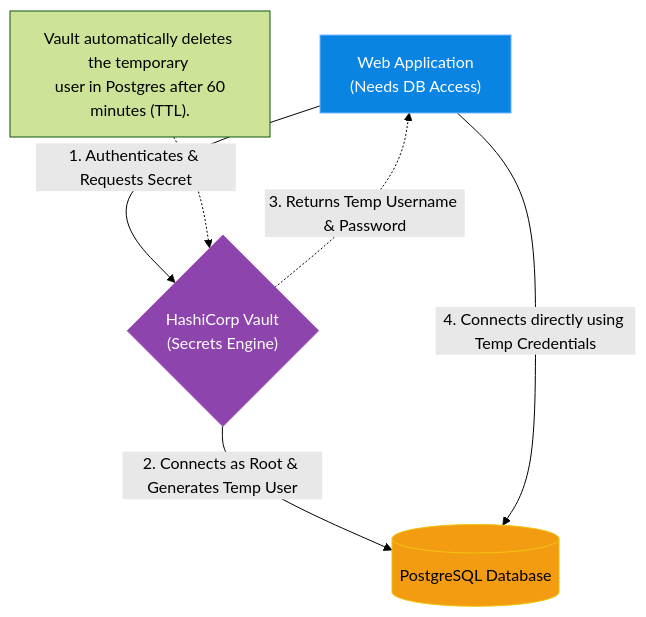
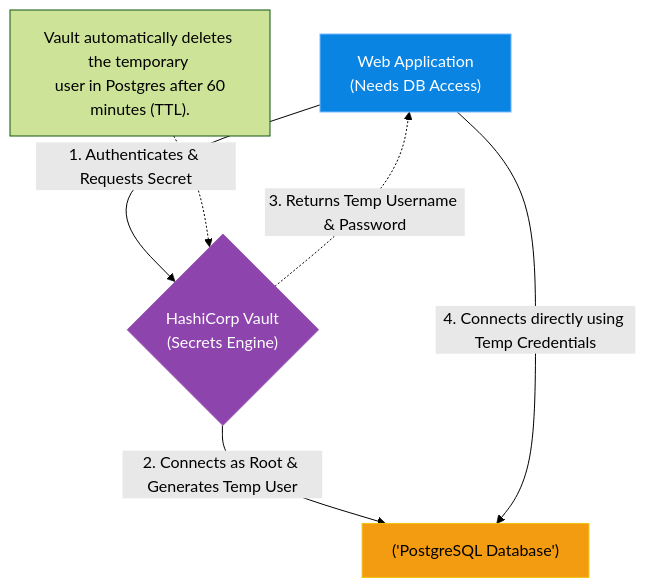
One commit to laxya911/linux-support-engineer-master-handbook changed the diagram in volumes/volume-04-enterprise-infrastructure/chapters/V4-C13-secrets-management.md. Above: the diagram before and after it, drawn with Mermaid (forest theme). The commit also changed 101 other files, not shown here.

Commit message:
Fix mermaid syntax across all chapters

````diff
--- a/volumes/volume-04-enterprise-infrastructure/chapters/V4-C13-secrets-management.md
+++ b/volumes/volume-04-enterprise-infrastructure/chapters/V4-C13-secrets-management.md
@@ -44,15 +44,15 @@
 ```mermaid
 flowchart TD
-    A["Web Application \n (Needs DB Access)"] -->|1. Authenticates & Requests Secret| B{"HashiCorp Vault \n (Secrets Engine)"}
+    A["Web Application \n (Needs DB Access)"] -->|"1. Authenticates & Requests Secret"| B{"HashiCorp Vault \n (Secrets Engine)"}
     
-    B -->|2. Connects as Root & Generates Temp User| C[(PostgreSQL Database)]
+    B -->|"2. Connects as Root & Generates Temp User"| C["('PostgreSQL Database')"]
     
-    B -.->|3. Returns Temp Username & Password| A
-    A -->|4. Connects directly using Temp Credentials| C
+    B -.->|"3. Returns Temp Username & Password"| A
+    A -->|"4. Connects directly using Temp Credentials"| C
     
     note1["Vault automatically deletes the temporary \n user in Postgres after 60 minutes (TTL)."] -.-> B
     
     style A fill:#0984e3,stroke:#74b9ff,color:#fff
     style B fill:#8e44ad,stroke:#9b59b6,color:#fff
     style C fill:#f39c12,stroke:#f1c40f,color:#000
 ```
````
